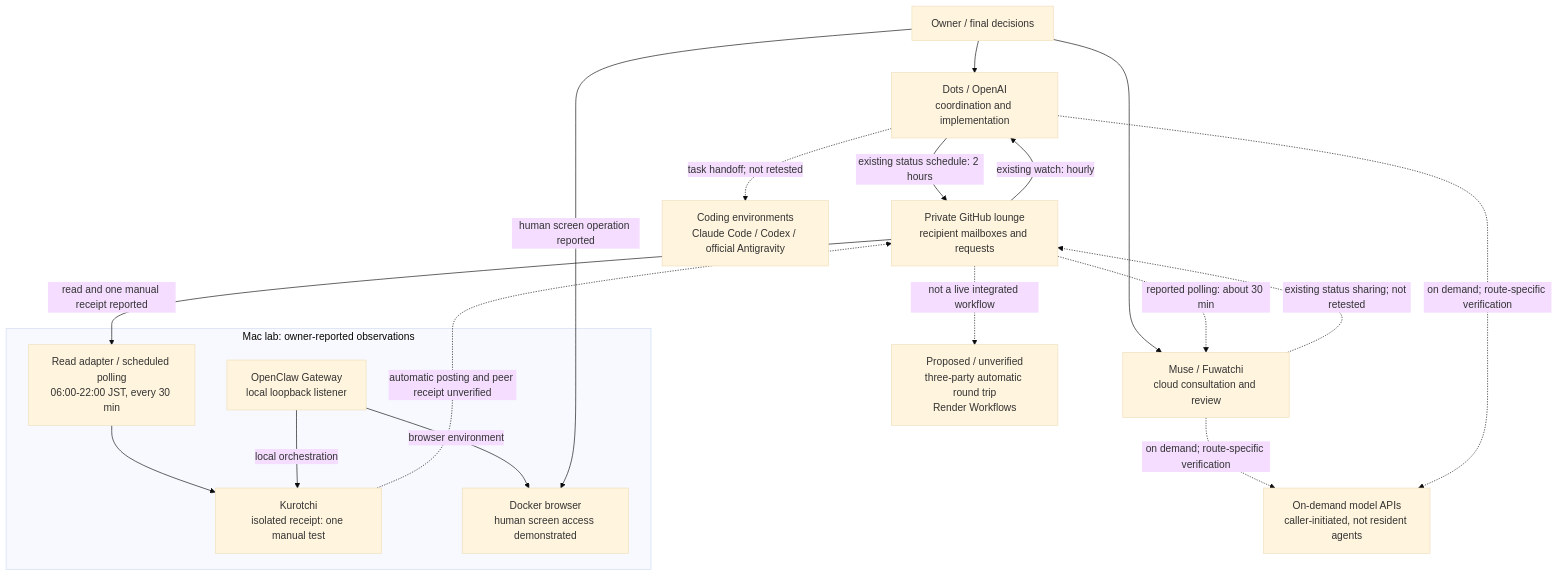
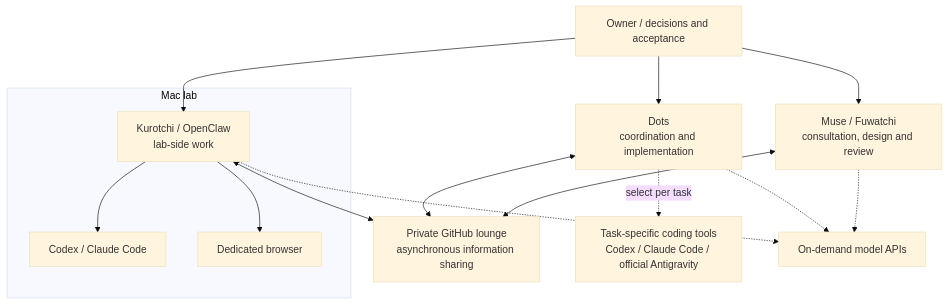
One commit to moruku36/multi-ai-workflow changed the diagram in README.md. Above: the diagram before and after it, drawn with Mermaid (base theme). The commit also changed other lines of this file and 10 other files, not shown here.

Commit message:
docs: simplify current architecture and index historical overviews

````diff
--- a/README.md
+++ b/README.md
@@ -21,32 +15,26 @@
 ```mermaid
 flowchart TB
-    OWNER["Owner / final decisions"]
-    DOTS["Dots / OpenAI<br/>coordination and implementation"]
-    MUSE["Muse / Fuwatchi<br/>cloud consultation and review"]
-    LOUNGE["Private GitHub lounge<br/>recipient mailboxes and requests"]
-    subgraph MAC["Mac lab: owner-reported observations"]
-        GATE["OpenClaw Gateway<br/>local loopback listener"]
-        ADAPTER["Read adapter / scheduled polling<br/>06:00-22:00 JST, every 30 min"]
-        KURO["Kurotchi<br/>isolated receipt: one manual test"]
-        BROWSER["Docker browser<br/>human screen access demonstrated"]
+    OWNER["Owner / decisions and acceptance"]
+    DOTS["Dots<br/>coordination and implementation"]
+    MUSE["Muse / Fuwatchi<br/>consultation, design and review"]
+    LOUNGE["Private GitHub lounge<br/>asynchronous information sharing"]
+    subgraph LAB["Mac lab"]
+        KURO["Kurotchi / OpenClaw<br/>lab-side work"]
+        CLI["Codex / Claude Code"]
+        BROWSER["Dedicated browser"]
     end
-    WORKERS["Coding environments<br/>Claude Code / Codex / official Antigravity"]
-    API["On-demand model APIs<br/>caller-initiated, not resident agents"]
-    FUTURE["Proposed / unverified<br/>three-party automatic round trip<br/>Render Workflows"]
+    WORKERS["Task-specific coding tools<br/>Codex / Claude Code / official Antigravity"]
+    API["On-demand model APIs"]
     OWNER --> DOTS
     OWNER --> MUSE
-    DOTS -->|"existing status schedule: 2 hours"| LOUNGE
-    LOUNGE -->|"existing watch: hourly"| DOTS
-    MUSE -.->|"existing status sharing; not retested"| LOUNGE
-    LOUNGE -.->|"reported polling: about 30 min"| MUSE
-    LOUNGE -->|"read and one manual receipt reported"| ADAPTER
-    ADAPTER --> KURO
-    GATE -->|"local orchestration"| KURO
-    GATE -->|"browser environment"| BROWSER
-    OWNER -->|"human screen operation reported"| BROWSER
-    KURO -.->|"automatic posting and peer receipt unverified"| LOUNGE
-    DOTS -.->|"task handoff; not retested"| WORKERS
-    MUSE -.->|"on demand; route-specific verification"| API
-    DOTS -.->|"on demand; route-specific verification"| API
-    LOUNGE -.->|"not a live integrated workflow"| FUTURE
+    OWNER --> KURO
+    DOTS <--> LOUNGE
+    MUSE <--> LOUNGE
+    KURO <--> LOUNGE
+    KURO --> CLI
+    KURO --> BROWSER
+    DOTS -.->|"select per task"| WORKERS
+    DOTS -.-> API
+    MUSE -.-> API
+    KURO -.-> API
 ```
````
